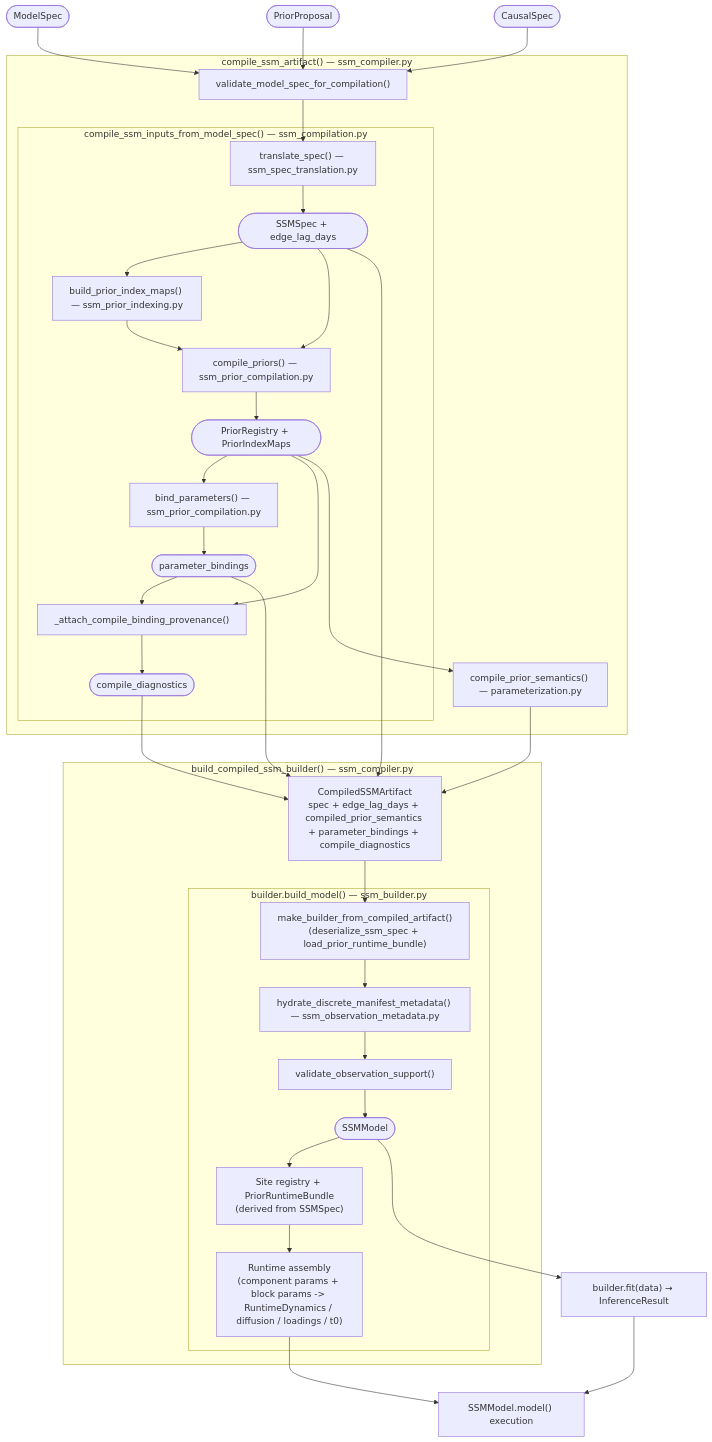
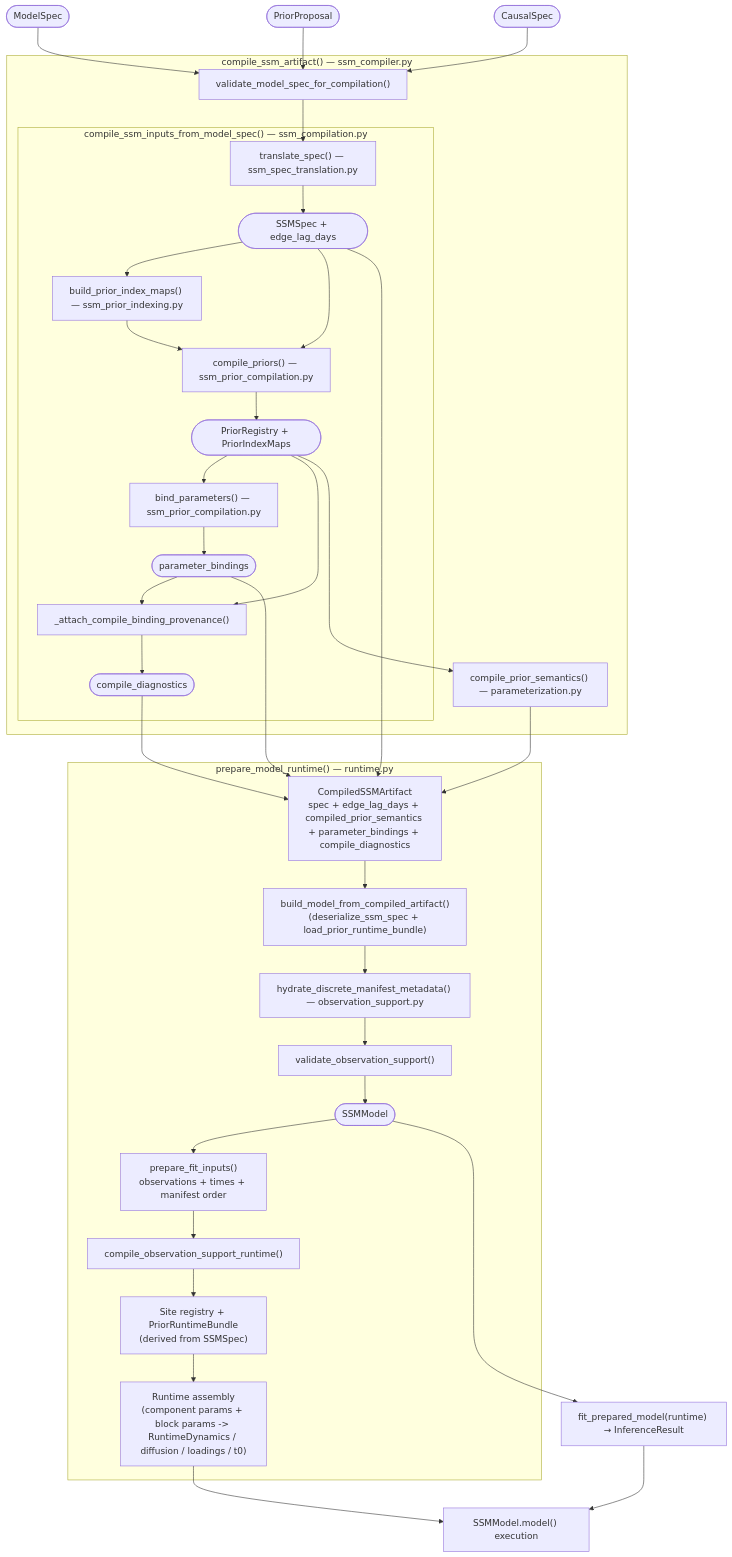
Before and after one commit to ma9o/causal-ssm-agent: the first of 2 diagrams in docs/reference/compilation.md, drawn with Mermaid. The commit also changed other lines of this file and 73 other files, not shown here.

Commit message:
Remove monolithic ssm/builder.py and fold it into compile pipeline

````diff
--- a/docs/reference/compilation.md
+++ b/docs/reference/compilation.md
@@ -5,55 +5,54 @@
 ```mermaid
 graph TD
     ModelSpec(["ModelSpec"])
     PriorProposal(["PriorProposal"])
     CausalSpec(["CausalSpec"])
 
     ModelSpec & PriorProposal & CausalSpec --> validate
 
     subgraph compile_ssm_artifact ["compile_ssm_artifact() — ssm_compiler.py"]
         validate["validate_model_spec_for_compilation()"]
         validate --> translate
 
         subgraph compile_model_spec ["compile_ssm_inputs_from_model_spec() — ssm_compilation.py"]
             translate["translate_spec() — ssm_spec_translation.py"]
             translate --> translate_out(["SSMSpec + edge_lag_days"])
             translate_out --> prior_idx["build_prior_index_maps() — ssm_prior_indexing.py"]
             prior_idx --> priors["compile_priors() — ssm_prior_compilation.py"]
             translate_out --> priors
             priors --> priors_out(["PriorRegistry + PriorIndexMaps"])
             priors_out --> bind["bind_parameters() — ssm_prior_compilation.py"]
             bind --> bind_out(["parameter_bindings"])
             priors_out --> attach_diag["_attach_compile_binding_provenance()"]
             bind_out --> attach_diag
             attach_diag --> diag_out(["compile_diagnostics"])
         end
 
         priors_out --> prior_sem["compile_prior_semantics() — parameterization.py"]
     end
 
     translate_out --> artifact
     prior_sem --> artifact
     bind_out --> artifact
     diag_out --> artifact
     artifact["CompiledSSMArtifact\nspec + edge_lag_days + compiled_prior_semantics + parameter_bindings + compile_diagnostics"]
 
-    subgraph build_compiled_ssm_builder ["build_compiled_ssm_builder() — ssm_compiler.py"]
-        artifact --> builder_ctor["make_builder_from_compiled_artifact()\n(deserialize_ssm_spec + load_prior_runtime_bundle)"]
-
-        subgraph build_model ["builder.build_model() — ssm_builder.py"]
-            builder_ctor --> hydrate["hydrate_discrete_manifest_metadata() — ssm_observation_metadata.py"]
-            hydrate --> validate_obs["validate_observation_support()"]
-            validate_obs --> ssm_model(["SSMModel"])
-            ssm_model --> registry["Site registry + PriorRuntimeBundle\n(derived from SSMSpec)"]
-            registry --> assemble["Runtime assembly\n(component params + block params -> RuntimeDynamics / diffusion / loadings / t0)"]
-        end
+    subgraph prepare_model_runtime ["prepare_model_runtime() — runtime.py"]
+        artifact --> model_ctor["build_model_from_compiled_artifact()\n(deserialize_ssm_spec + load_prior_runtime_bundle)"]
+        model_ctor --> hydrate["hydrate_discrete_manifest_metadata() — observation_support.py"]
+        hydrate --> validate_obs["validate_observation_support()"]
+        validate_obs --> ssm_model(["SSMModel"])
+        ssm_model --> arrays["prepare_fit_inputs()\nobservations + times + manifest order"]
+        arrays --> support["compile_observation_support_runtime()"]
+        support --> registry["Site registry + PriorRuntimeBundle\n(derived from SSMSpec)"]
+        registry --> assemble["Runtime assembly\n(component params + block params -> RuntimeDynamics / diffusion / loadings / t0)"]
     end
 
-    ssm_model --> fit["builder.fit(data) → InferenceResult"]
+    ssm_model --> fit["fit_prepared_model(runtime) → InferenceResult"]
     fit --> execute["SSMModel.model() execution"]
     assemble --> execute
 
     click ModelSpec "../pipeline/04-model-specification-priors.md#modelspec"
     click PriorProposal "../pipeline/04-model-specification-priors.md#priorproposal"
     click CausalSpec "../pipeline/01b-measurement-identifiability.md#causalspec"
 ```
````
